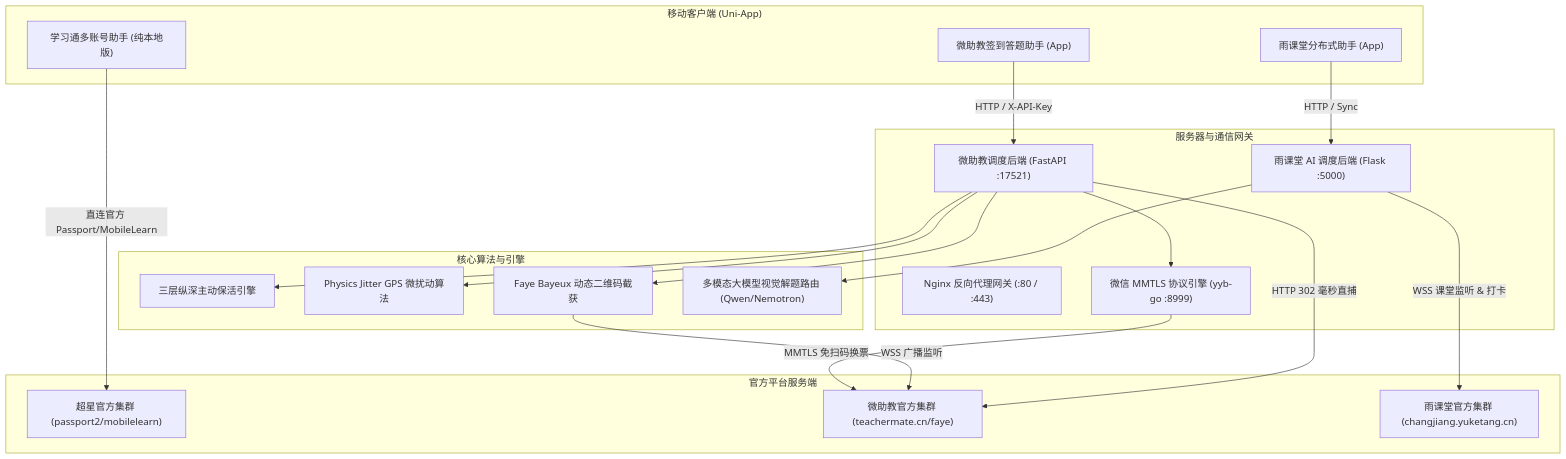
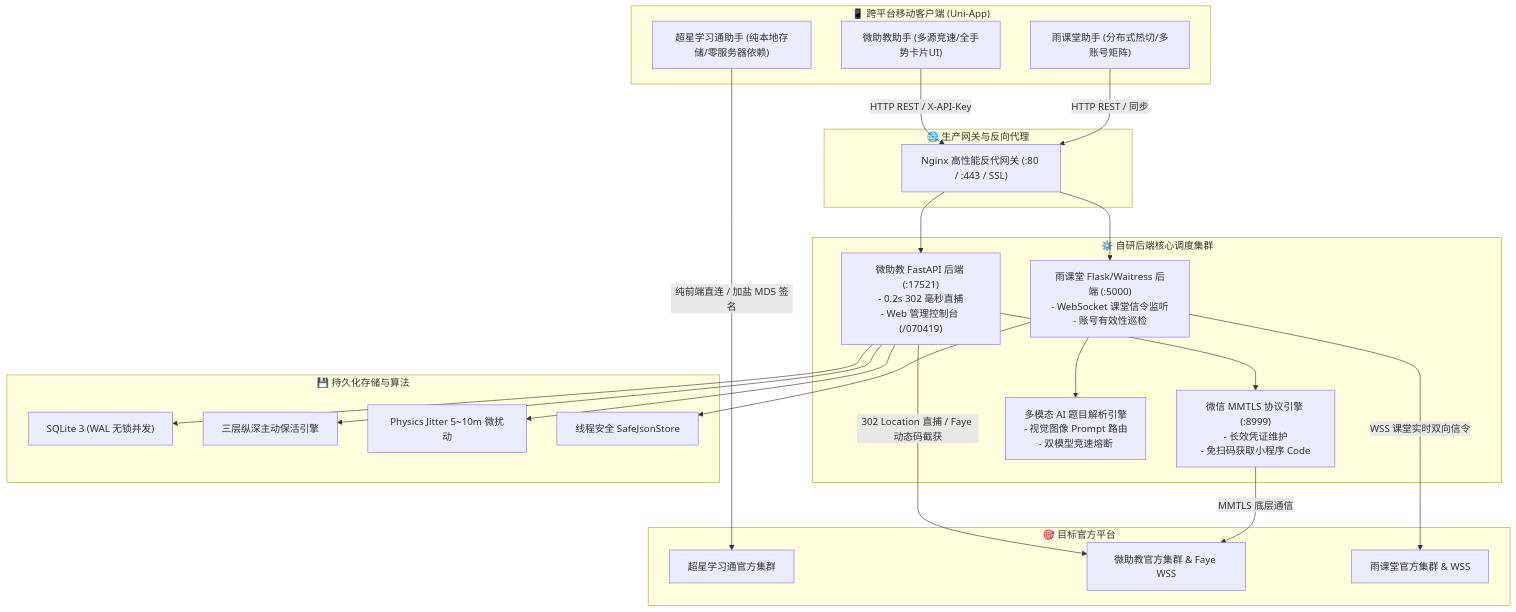
The diagram in README.md (cwywjg/Aggregate_check_in), drawn with Mermaid before and after one commit. The commit also changed other lines of this file, not shown here.

Commit message:
docs: enrich README with exhaustive quick start, architecture, and step-by-step instructions

````diff
--- a/README.md
+++ b/README.md
@@ -17,43 +47,50 @@
 ```mermaid
 graph TD
-    subgraph Client_Layer ["移动客户端 (Uni-App)"]
-        A1["学习通多账号助手 (纯本地版)"]
-        A2["微助教签到答题助手 (App)"]
-        A3["雨课堂分布式助手 (App)"]
+    subgraph Client_Layer ["📱 跨平台移动客户端 (Uni-App)"]
+        A1["超星学习通助手 (纯本地存储/零服务器依赖)"]
+        A2["微助教助手 (多源竞速/全手势卡片UI)"]
+        A3["雨课堂助手 (分布式热切/多账号矩阵)"]
     end
 
-    subgraph Service_Gateway ["服务器与通信网关"]
-        Nginx["Nginx 反向代理网关 (:80 / :443)"]
-        FastAPI["微助教调度后端 (FastAPI :17521)"]
-        FlaskAPI["雨课堂 AI 调度后端 (Flask :5000)"]
-        YYBGo["微信 MMTLS 协议引擎 (yyb-go :8999)"]
+    subgraph Gateway_Layer ["🌐 生产网关与反向代理"]
+        Nginx["Nginx 高性能反代网关 (:80 / :443 / SSL)"]
     end
 
-    subgraph Core_Engines ["核心算法与引擎"]
-        Keepalive["三层纵深主动保活引擎"]
-        Jitter["Physics Jitter GPS 微扰动算法"]
-        FayeWSS["Faye Bayeux 动态二维码截获"]
-        AISolver["多模态大模型视觉解题路由 (Qwen/Nemotron)"]
+    subgraph Service_Layer ["⚙️ 自研后端核心调度集群"]
+        WZJ_API["微助教 FastAPI 后端 (:17521)<br/>- 0.2s 302 毫秒直捕<br/>- Web 管理控制台 (/070419)"]
+        YYB_Engine["微信 MMTLS 协议引擎 (:8999)<br/>- 长效凭证维护<br/>- 免扫码获取小程序 Code"]
+        YKT_API["雨课堂 Flask/Waitress 后端 (:5000)<br/>- WebSocket 课堂信令监听<br/>- 账号有效性巡检"]
+        AI_Engine["多模态 AI 题目解析引擎<br/>- 视觉图像 Prompt 路由<br/>- 双模型竞速熔断"]
     end
 
-    subgraph Official_Platform ["官方平台服务端"]
-        ChaoXingSvr["超星官方集群 (passport2/mobilelearn)"]
-        TeacherMateSvr["微助教官方集群 (teachermate.cn/faye)"]
-        YuKeTangSvr["雨课堂官方集群 (changjiang.yuketang.cn)"]
+    subgraph Storage_Layer ["💾 持久化存储与算法"]
+        DB["SQLite 3 (WAL 无锁并发)"]
+        Keepalive["三层纵深主动保活引擎"]
+        Jitter["Physics Jitter 5~10m 微扰动"]
+        JSONStore["线程安全 SafeJsonStore"]
     end
 
-    A1 -->|直连官方 Passport/MobileLearn| ChaoXingSvr
-    A2 -->|HTTP / X-API-Key| FastAPI
-    A3 -->|HTTP / Sync| FlaskAPI
+    subgraph Target_Platforms ["🎯 目标官方平台"]
+        CX_Svr["超星学习通官方集群"]
+        TM_Svr["微助教官方集群 & Faye WSS"]
+        YK_Svr["雨课堂官方集群 & WSS"]
+    end
 
-    FastAPI --> Keepalive
-    FastAPI --> Jitter
-    FastAPI --> FayeWSS
-    FastAPI --> YYBGo
-    FlaskAPI --> AISolver
+    A1 -->|纯前端直连 / 加盐 MD5 签名| CX_Svr
+    A2 -->|HTTP REST / X-API-Key| Nginx
+    A3 -->|HTTP REST / 同步| Nginx
 
-    YYBGo -->|MMTLS 免扫码换票| TeacherMateSvr
-    FayeWSS -->|WSS 广播监听| TeacherMateSvr
-    FastAPI -->|HTTP 302 毫秒直捕| TeacherMateSvr
-    FlaskAPI -->|WSS 课堂监听 & 打卡| YuKeTangSvr
+    Nginx --> WZJ_API
+    Nginx --> YKT_API
+
+    WZJ_API --> YYB_Engine
+    WZJ_API --> Keepalive
+    WZJ_API --> Jitter
+    WZJ_API --> DB
+    WZJ_API -->|302 Location 直捕 / Faye 动态码截获| TM_Svr
+    YYB_Engine -->|MMTLS 底层通信| TM_Svr
+
+    YKT_API --> AI_Engine
+    YKT_API --> JSONStore
+    YKT_API -->|WSS 课堂实时双向信令| YK_Svr
 ```
````
